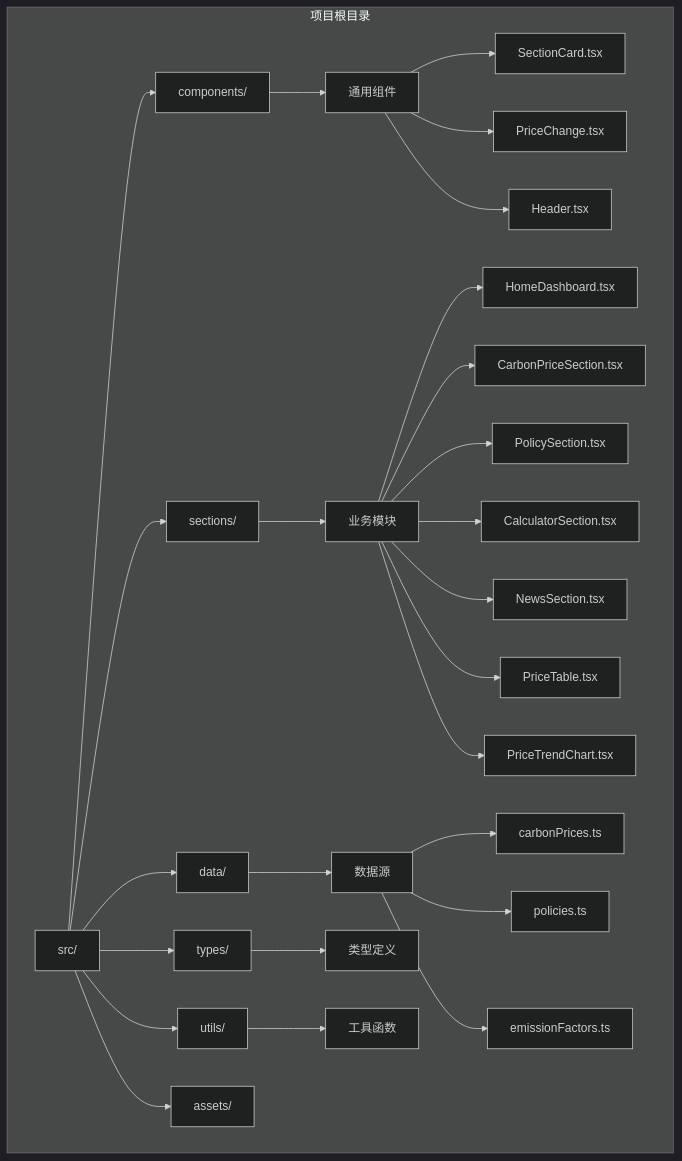
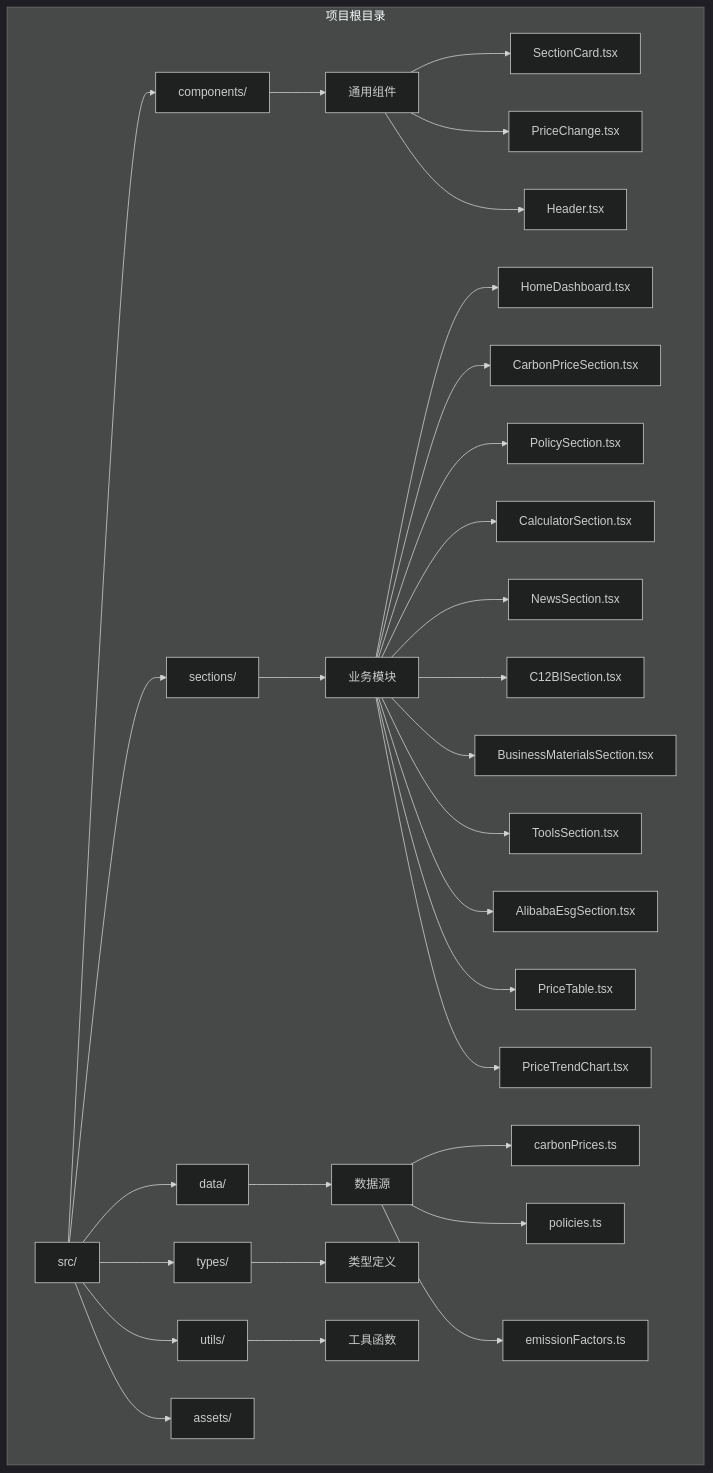
One commit to liangxuanliang-cmd/carbon-info-agent changed the first of 14 diagrams in .qoder/repowiki/zh/content/功能模块/数据仪表板模块.md. Above: the diagram before and after it, drawn with Mermaid (dark theme). The commit also changed other lines of this file and 33 other files, not shown here.

````diff
--- a/.qoder/repowiki/zh/content/功能模块/数据仪表板模块.md
+++ b/.qoder/repowiki/zh/content/功能模块/数据仪表板模块.md
@@ -47,29 +48,33 @@
 ```mermaid
 graph TB
 subgraph "项目根目录"
 A[src/] --> B[components/]
 A --> C[sections/]
 A --> D[data/]
 A --> E[types/]
 A --> F[utils/]
 A --> G[assets/]
 B --> B1[通用组件]
 C --> C1[业务模块]
 D --> D1[数据源]
 E --> E1[类型定义]
 F --> F1[工具函数]
 B1 --> B2[SectionCard.tsx]
 B1 --> B3[PriceChange.tsx]
 B1 --> B4[Header.tsx]
 C1 --> C2[HomeDashboard.tsx]
 C1 --> C3[CarbonPriceSection.tsx]
 C1 --> C4[PolicySection.tsx]
 C1 --> C5[CalculatorSection.tsx]
 C1 --> C6[NewsSection.tsx]
-C1 --> C7[PriceTable.tsx]
-C1 --> C8[PriceTrendChart.tsx]
+C1 --> C7[C12BISection.tsx]
+C1 --> C8[BusinessMaterialsSection.tsx]
+C1 --> C9[ToolsSection.tsx]
+C1 --> C10[AlibabaEsgSection.tsx]
+C1 --> C11[PriceTable.tsx]
+C1 --> C12[PriceTrendChart.tsx]
 D1 --> D2[carbonPrices.ts]
 D1 --> D3[policies.ts]
 D1 --> D4[emissionFactors.ts]
 end
 ```
````
